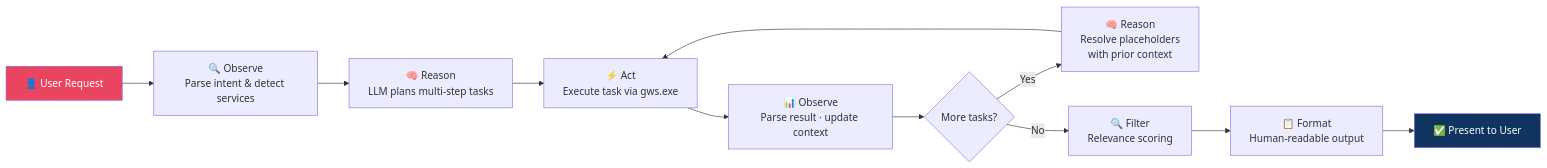
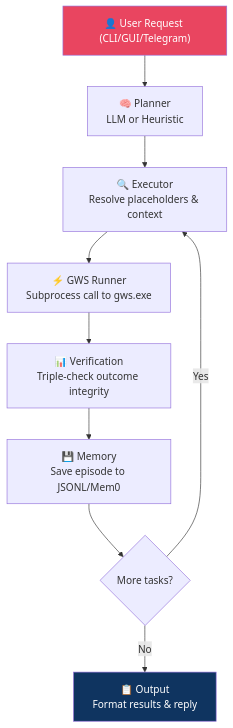
The first of 2 diagrams in README.md (haseeb-heaven/gworkspace-agent), drawn with Mermaid before and after one commit. The commit also changed other lines of this file, not shown here.

First line of the commit message:
docs: update README with recent architectural and feature improvements

````diff
--- a/README.md
+++ b/README.md
@@ -35,16 +37,14 @@
 ```mermaid
-flowchart LR
-    A["👤 User Request"] --> B["🔍 Observe\nParse intent & detect services"]
-    B --> C["🧠 Reason\nLLM plans multi-step tasks"]
-    C --> D["⚡ Act\nExecute task via gws.exe"]
-    D --> E["📊 Observe\nParse result · update context"]
-    E --> F{"More tasks?"}
-    F -->|Yes| G["🧠 Reason\nResolve placeholders\nwith prior context"]
-    G --> D
-    F -->|No| H["🔍 Filter\nRelevance scoring"]
-    H --> I["📋 Format\nHuman-readable output"]
-    I --> J["✅ Present to User"]
+flowchart TD
+    A["👤 User Request (CLI/GUI/Telegram)"] --> B["🧠 Planner\nLLM or Heuristic"]
+    B --> C["🔍 Executor\nResolve placeholders & context"]
+    C --> D["⚡ GWS Runner\nSubprocess call to gws.exe"]
+    D --> E["📊 Verification\nTriple-check outcome integrity"]
+    E --> F["💾 Memory\nSave episode to JSONL/Mem0"]
+    F --> G{"More tasks?"}
+    G -->|Yes| C
+    G -->|No| H["📋 Output\nFormat results & reply"]
 
     style A fill:#e94560,color:#fff
-    style J fill:#0f3460,color:#fff
+    style H fill:#0f3460,color:#fff
 ```
````
